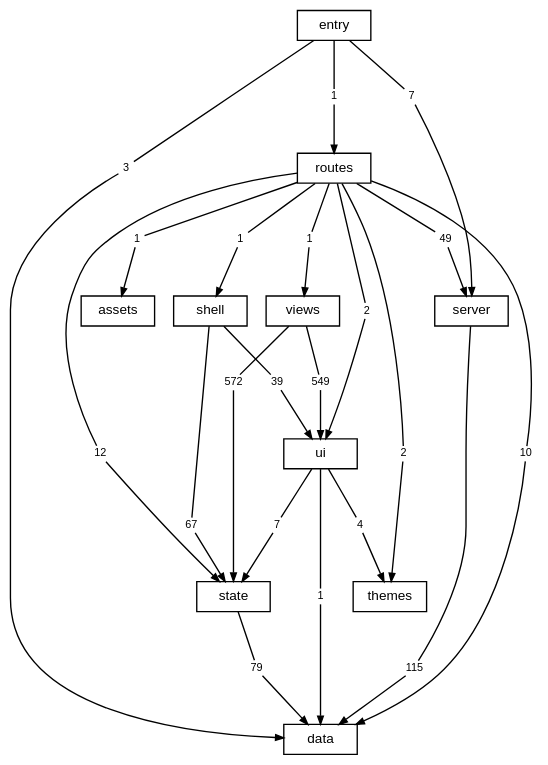
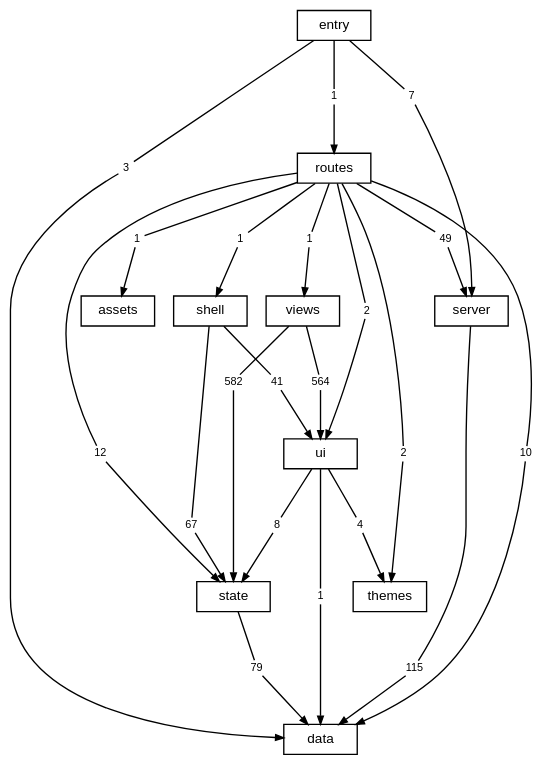
One commit to TheAxeC/oculus changed the diagram in docs/diagrams/layers.dot. Above: the diagram before and after it, drawn with Graphviz. The commit also changed 93 other files, not shown here.

```diff
--- a/docs/diagrams/layers.dot
+++ b/docs/diagrams/layers.dot
@@ -1,75 +1,75 @@
 digraph layers {
     graph [bgcolor="transparent", rankdir=TB, newrank=true, fontname="Helvetica,Arial,sans-serif", fontsize=12, nodesep=0.2, ranksep=0.5];
     node [shape=box, color="black", fontcolor="black", fontname="Helvetica,Arial,sans-serif", fontsize=10, height=0.3, margin="0.12,0.04"];
     edge [color="black", fontcolor="black", fontname="Helvetica,Arial,sans-serif", fontsize=8, arrowsize=0.6];
     "data";
     "server";
     "state";
     "ui";
     "shell";
     "views";
     "themes";
     "routes";
     "src" [label="entry"];
     "files: assets" [label="assets"];
     "routes to data" [label="10", shape=box, color="transparent", fontsize=8, width=0, height=0, margin="0.04,0.02"];
     "routes" -> "routes to data" [arrowhead=none];
     "routes to data" -> "data" [];
     "routes to files: assets" [label="1", shape=box, color="transparent", fontsize=8, width=0, height=0, margin="0.04,0.02"];
     "routes" -> "routes to files: assets" [arrowhead=none];
     "routes to files: assets" -> "files: assets" [];
     "routes to server" [label="49", shape=box, color="transparent", fontsize=8, width=0, height=0, margin="0.04,0.02"];
     "routes" -> "routes to server" [arrowhead=none];
     "routes to server" -> "server" [];
     "routes to shell" [label="1", shape=box, color="transparent", fontsize=8, width=0, height=0, margin="0.04,0.02"];
     "routes" -> "routes to shell" [arrowhead=none];
     "routes to shell" -> "shell" [];
     "routes to state" [label="12", shape=box, color="transparent", fontsize=8, width=0, height=0, margin="0.04,0.02"];
     "routes" -> "routes to state" [arrowhead=none];
     "routes to state" -> "state" [];
     "routes to themes" [label="2", shape=box, color="transparent", fontsize=8, width=0, height=0, margin="0.04,0.02"];
     "routes" -> "routes to themes" [arrowhead=none];
     "routes to themes" -> "themes" [];
     "routes to ui" [label="2", shape=box, color="transparent", fontsize=8, width=0, height=0, margin="0.04,0.02"];
     "routes" -> "routes to ui" [arrowhead=none];
     "routes to ui" -> "ui" [];
     "routes to views" [label="1", shape=box, color="transparent", fontsize=8, width=0, height=0, margin="0.04,0.02"];
     "routes" -> "routes to views" [arrowhead=none];
     "routes to views" -> "views" [];
     "server to data" [label="115", shape=box, color="transparent", fontsize=8, width=0, height=0, margin="0.04,0.02"];
     "server" -> "server to data" [arrowhead=none];
     "server to data" -> "data" [];
     "shell to state" [label="67", shape=box, color="transparent", fontsize=8, width=0, height=0, margin="0.04,0.02"];
     "shell" -> "shell to state" [arrowhead=none];
     "shell to state" -> "state" [];
-    "shell to ui" [label="39", shape=box, color="transparent", fontsize=8, width=0, height=0, margin="0.04,0.02"];
+    "shell to ui" [label="41", shape=box, color="transparent", fontsize=8, width=0, height=0, margin="0.04,0.02"];
     "shell" -> "shell to ui" [arrowhead=none];
     "shell to ui" -> "ui" [];
     "src to data" [label="3", shape=box, color="transparent", fontsize=8, width=0, height=0, margin="0.04,0.02"];
     "src" -> "src to data" [arrowhead=none];
     "src to data" -> "data" [];
     "src to routes" [label="1", shape=box, color="transparent", fontsize=8, width=0, height=0, margin="0.04,0.02"];
     "src" -> "src to routes" [arrowhead=none];
     "src to routes" -> "routes" [];
     "src to server" [label="7", shape=box, color="transparent", fontsize=8, width=0, height=0, margin="0.04,0.02"];
     "src" -> "src to server" [arrowhead=none];
     "src to server" -> "server" [];
     "state to data" [label="79", shape=box, color="transparent", fontsize=8, width=0, height=0, margin="0.04,0.02"];
     "state" -> "state to data" [arrowhead=none];
     "state to data" -> "data" [];
     "ui to data" [label="1", shape=box, color="transparent", fontsize=8, width=0, height=0, margin="0.04,0.02"];
     "ui" -> "ui to data" [arrowhead=none];
     "ui to data" -> "data" [];
-    "ui to state" [label="7", shape=box, color="transparent", fontsize=8, width=0, height=0, margin="0.04,0.02"];
+    "ui to state" [label="8", shape=box, color="transparent", fontsize=8, width=0, height=0, margin="0.04,0.02"];
     "ui" -> "ui to state" [arrowhead=none];
     "ui to state" -> "state" [];
     "ui to themes" [label="4", shape=box, color="transparent", fontsize=8, width=0, height=0, margin="0.04,0.02"];
     "ui" -> "ui to themes" [arrowhead=none];
     "ui to themes" -> "themes" [];
-    "views to state" [label="572", shape=box, color="transparent", fontsize=8, width=0, height=0, margin="0.04,0.02"];
+    "views to state" [label="582", shape=box, color="transparent", fontsize=8, width=0, height=0, margin="0.04,0.02"];
     "views" -> "views to state" [arrowhead=none];
     "views to state" -> "state" [];
-    "views to ui" [label="549", shape=box, color="transparent", fontsize=8, width=0, height=0, margin="0.04,0.02"];
+    "views to ui" [label="564", shape=box, color="transparent", fontsize=8, width=0, height=0, margin="0.04,0.02"];
     "views" -> "views to ui" [arrowhead=none];
     "views to ui" -> "ui" [];
 }
```
